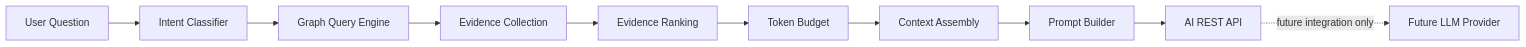
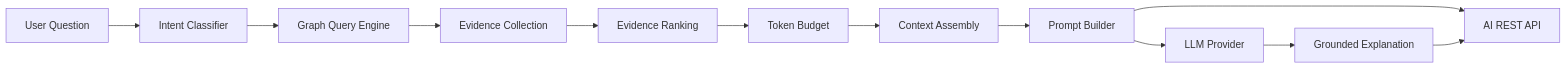
The fourth of 15 diagrams in docs/architecture.md (happelj/accessiq), drawn with Mermaid before and after one commit. The commit also changed other lines of this file and 16 other files, not shown here.

````diff
--- a/docs/architecture.md
+++ b/docs/architecture.md
@@ -121,23 +124,26 @@
 ```mermaid
 flowchart LR
     Question["User Question"]
     Intent["Intent Classifier"]
     Query["Graph Query Engine"]
     Collect["Evidence Collection"]
     Rank["Evidence Ranking"]
     Budget["Token Budget"]
     Context["Context Assembly"]
     Prompt["Prompt Builder"]
     Routes["AI REST API"]
-    Future["Future LLM Provider"]
+    Provider["LLM Provider"]
+    Explanation["Grounded Explanation"]
 
     Question --> Intent
     Intent --> Query
     Query --> Collect
     Collect --> Rank
     Rank --> Budget
     Budget --> Context
     Context --> Prompt
     Prompt --> Routes
-    Routes -. "future integration only" .-> Future
+    Prompt --> Provider
+    Provider --> Explanation
+    Explanation --> Routes
 ```
````
